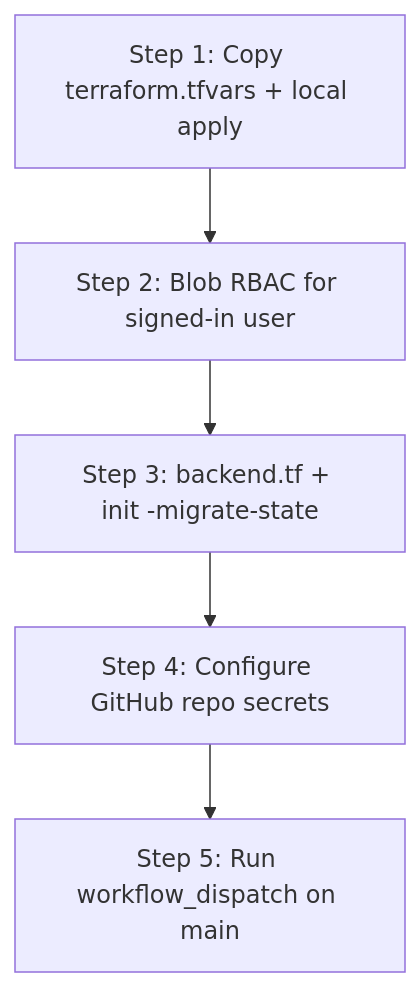
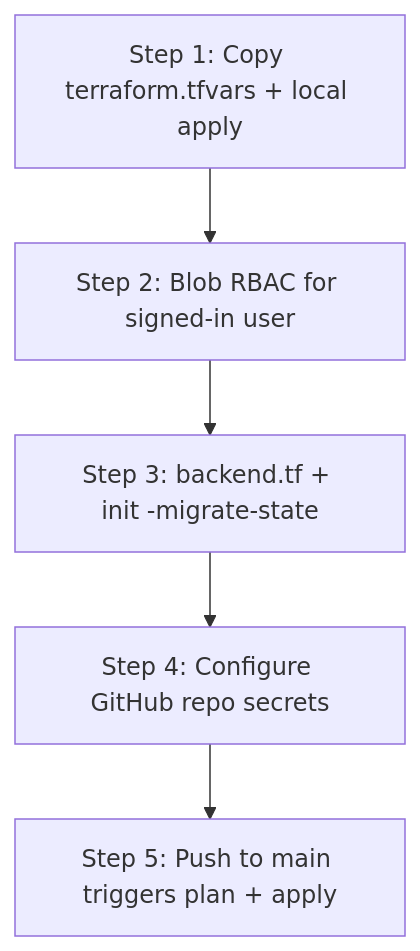
Before and after one commit to yauchinlam/terraform-infrastructure: the diagram in README.md, drawn with Mermaid. The commit also changed other lines of this file and 1 other file, not shown here.

First line of the commit message:
Run Terraform plan and apply on push to main.

````diff
--- a/README.md
+++ b/README.md
@@ -167,7 +167,7 @@
 ```mermaid
 flowchart TD
   A["Step 1: Copy terraform.tfvars + local apply"] --> B["Step 2: Blob RBAC for signed-in user"]
   B --> C["Step 3: backend.tf + init -migrate-state"]
   C --> D["Step 4: Configure GitHub repo secrets"]
-  D --> E["Step 5: Run workflow_dispatch on main"]
+  D --> E["Step 5: Push to main triggers plan + apply"]
 ```
````
